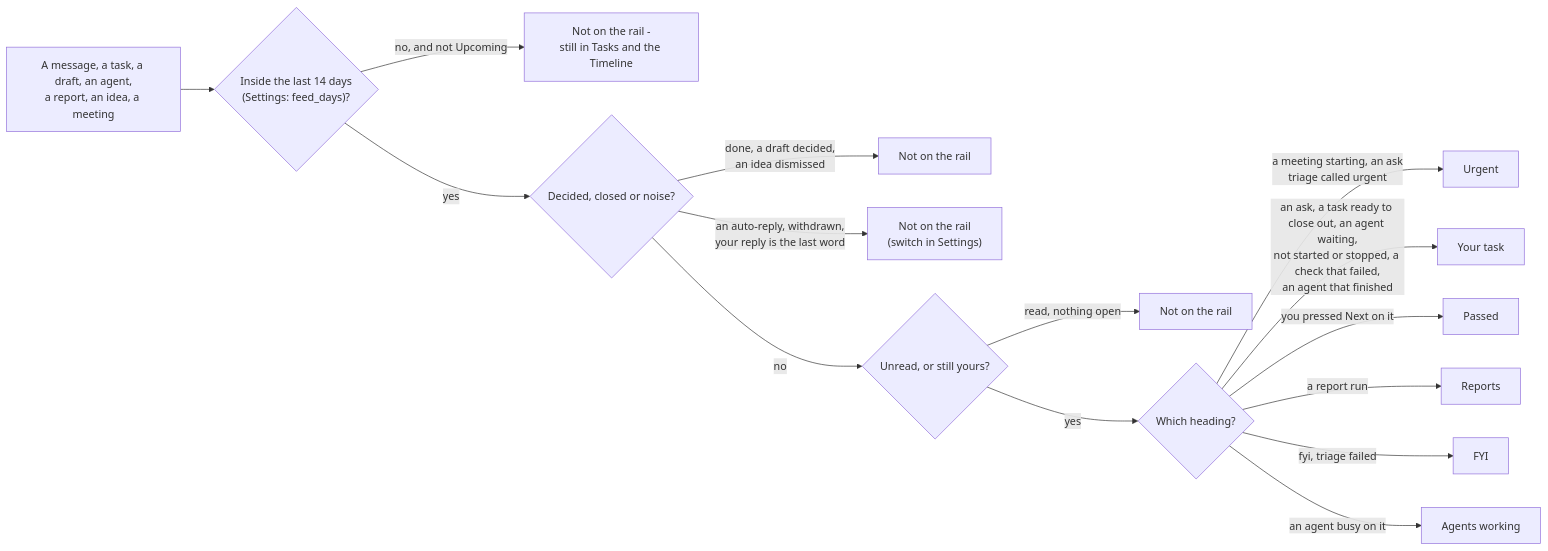
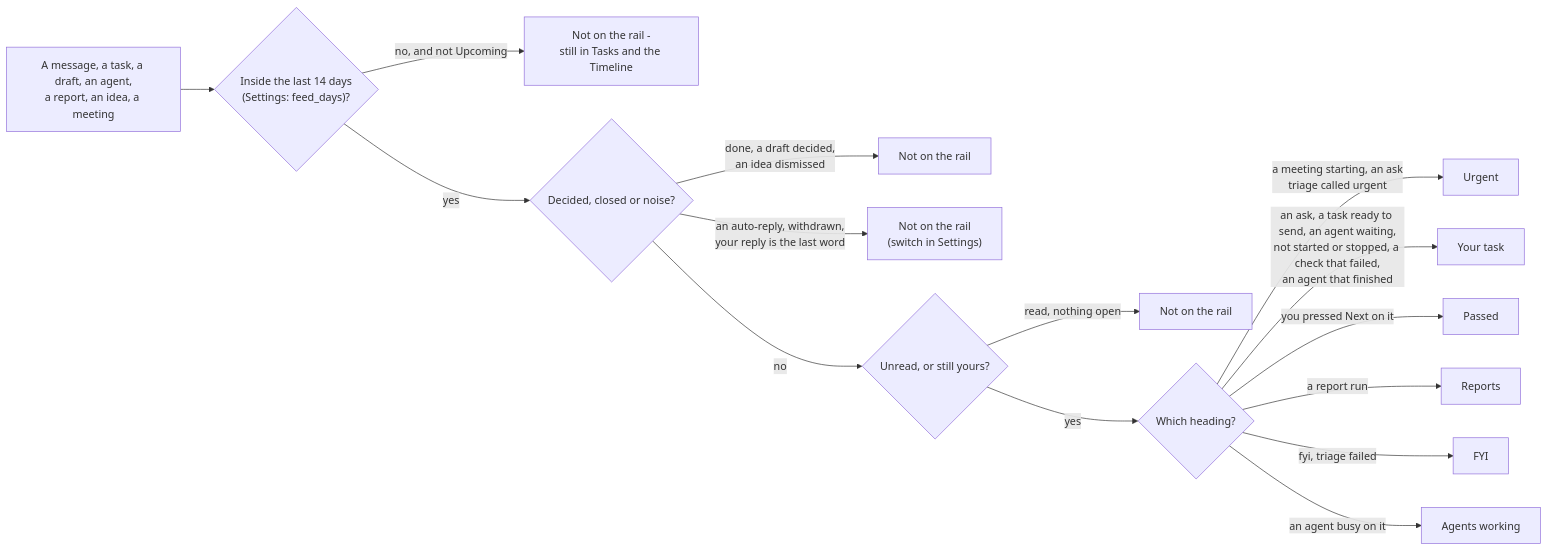
Before and after one commit to ldbumble/taskuary: the first of 2 diagrams in docs/work-rail.md, drawn with Mermaid. The commit also changed 31 other files, not shown here.

First line of the commit message:
Hand it to a person forwards and nothing else, and the lane that holds a draft for your yes reads "ready to send"

````diff
--- a/docs/work-rail.md
+++ b/docs/work-rail.md
@@ -10,17 +10,17 @@
 ```mermaid
 flowchart LR
   I["A message, a task, a draft, an agent,<br/>a report, an idea, a meeting"] --> W{"Inside the last 14 days<br/>(Settings: feed_days)?"}
   W -->|no, and not Upcoming| X["Not on the rail -<br/>still in Tasks and the Timeline"]
   W -->|yes| D{"Decided, closed or noise?"}
   D -->|done, a draft decided,<br/>an idea dismissed| X2["Not on the rail"]
   D -->|an auto-reply, withdrawn,<br/>your reply is the last word| X3["Not on the rail<br/>(switch in Settings)"]
   D -->|no| U{"Unread, or still yours?"}
   U -->|read, nothing open| X4["Not on the rail"]
   U -->|yes| B{"Which heading?"}
   B -->|a meeting starting, an ask<br/>triage called urgent| B1["Urgent"]
-  B -->|an ask, a task ready to close out, an agent waiting,<br/>not started or stopped, a check that failed,<br/>an agent that finished| B2["Your task"]
+  B -->|an ask, a task ready to send, an agent waiting,<br/>not started or stopped, a check that failed,<br/>an agent that finished| B2["Your task"]
   B -->|you pressed Next on it| B5["Passed"]
   B -->|a report run| B3["Reports"]
   B -->|fyi, triage failed| B4["FYI"]
   B -->|an agent busy on it| B6["Agents working"]
 ```
````
